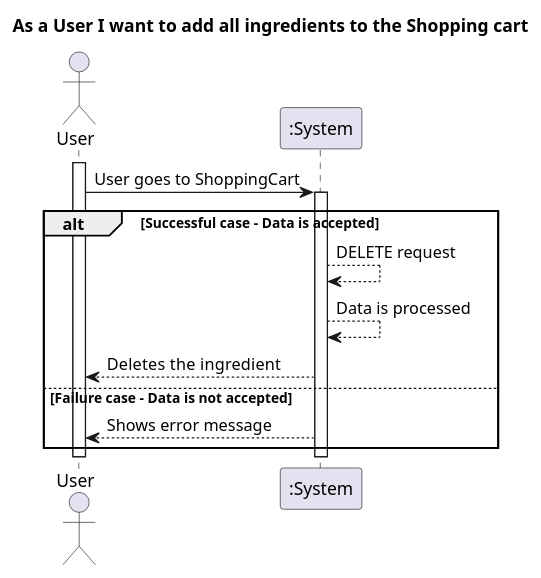
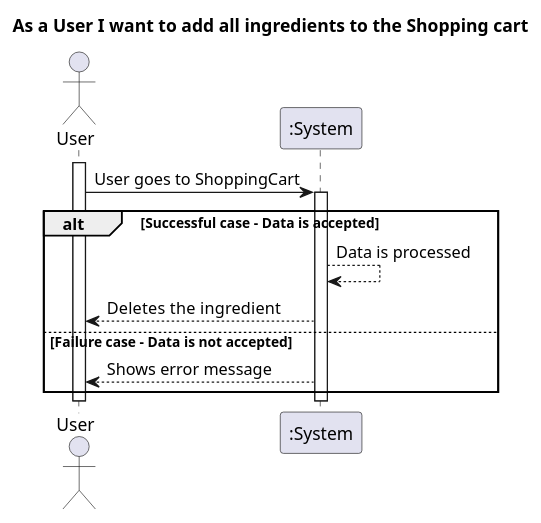
One commit to IsepMartimOliveira/DSSMV_ProjectDroid_1181754 changed the diagram in Documents/US/US08/SSD.puml. Above: the diagram before and after it, drawn with PlantUML. The commit also changed 23 other files, not shown here.

```diff
--- a/Documents/US/US08/SSD.puml
+++ b/Documents/US/US08/SSD.puml
@@ -1,19 +1,18 @@
 @startuml
 actor User as MD
 title As a User I want to add all ingredients to the Shopping cart
 activate MD
 
 MD -> ":System" : User goes to ShoppingCart
 activate ":System"
 
 alt Successful case - Data is accepted
-    ":System" --> ":System" : DELETE request
     ":System" --> ":System" : Data is processed
     ":System" --> MD : Deletes the  ingredient
 else Failure case - Data is not accepted
     ":System" --> MD : Shows error message
 end
 
 deactivate ":System"
 deactivate MD
 @enduml
```
